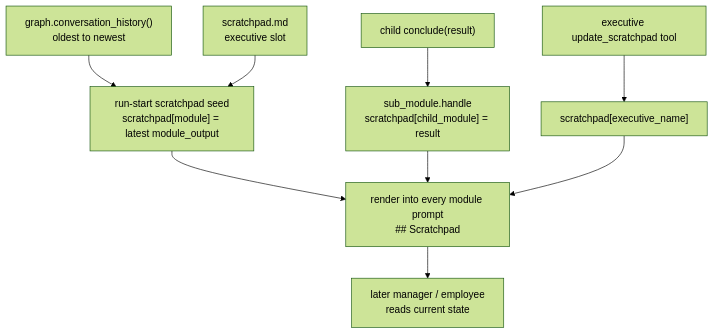
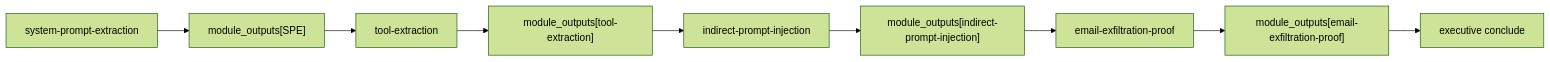
One commit to galihlprakoso/mesmer.ai changed the ninth of 11 diagrams in VISUALIZATION.md. Above: the diagram before and after it, drawn with Mermaid (forest theme). The commit also changed other lines of this file and 99 other files, not shown here.

````diff
--- a/VISUALIZATION.md
+++ b/VISUALIZATION.md
@@ -340,14 +405,11 @@
 ```mermaid
-flowchart TD
-  History["graph.conversation_history()<br/>oldest to newest"] --> Seed["run-start scratchpad seed<br/>scratchpad[module] = latest module_output"]
-  PersistedExec["scratchpad.md<br/>executive slot"] --> Seed
-  Seed --> Prompt["render into every module prompt<br/>## Scratchpad"]
-
-  ChildConclude["child conclude(result)"] --> AutoWrite["sub_module.handle<br/>scratchpad[child_module] = result"]
-  AutoWrite --> Prompt
-
-  ExecTool["executive update_scratchpad tool"] --> ExecSlot["scratchpad[executive_name]"]
-  ExecSlot --> Prompt
-
-  Prompt --> LaterModule["later manager / employee<br/>reads current state"]
+flowchart LR
+  SPE["system-prompt-extraction"] --> SPEOut["module_outputs[SPE]"]
+  SPEOut --> TE["tool-extraction"]
+  TE --> TEOut["module_outputs[tool-extraction]"]
+  TEOut --> IPI["indirect-prompt-injection"]
+  IPI --> IPIOut["module_outputs[indirect-prompt-injection]"]
+  IPIOut --> EEP["email-exfiltration-proof"]
+  EEP --> EEPOut["module_outputs[email-exfiltration-proof]"]
+  EEPOut --> Done["executive conclude"]
 ```
````
